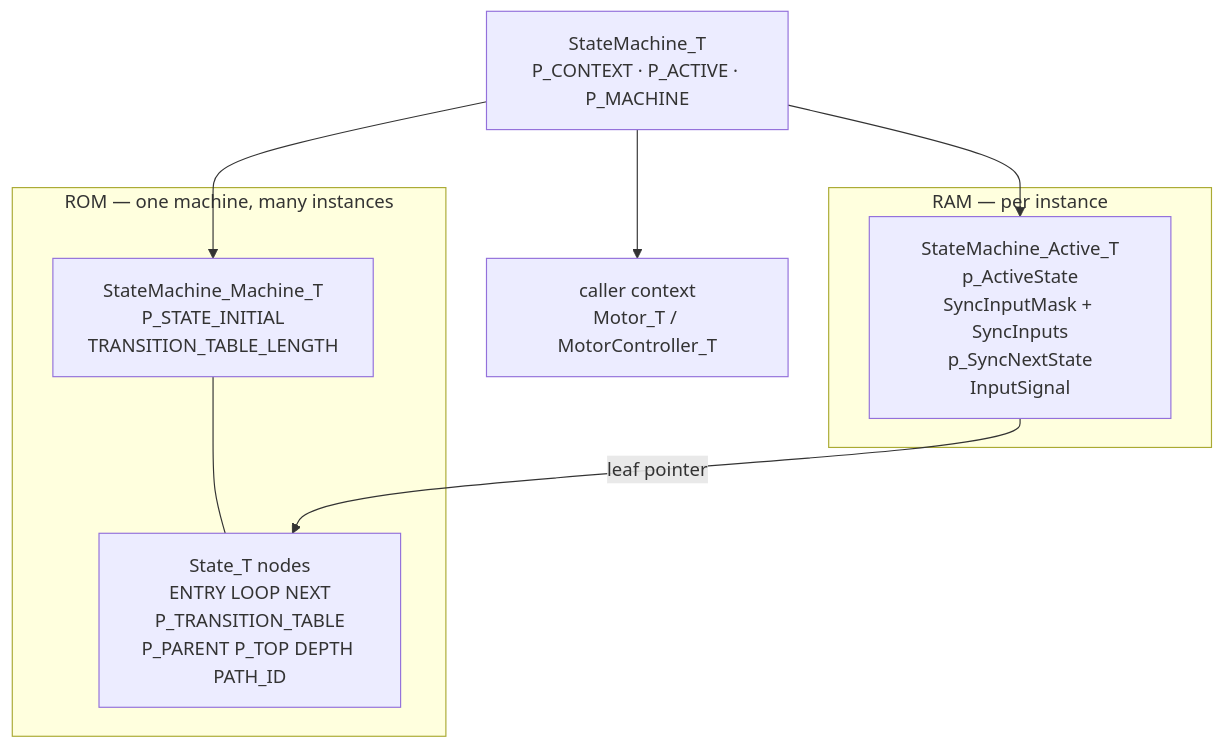
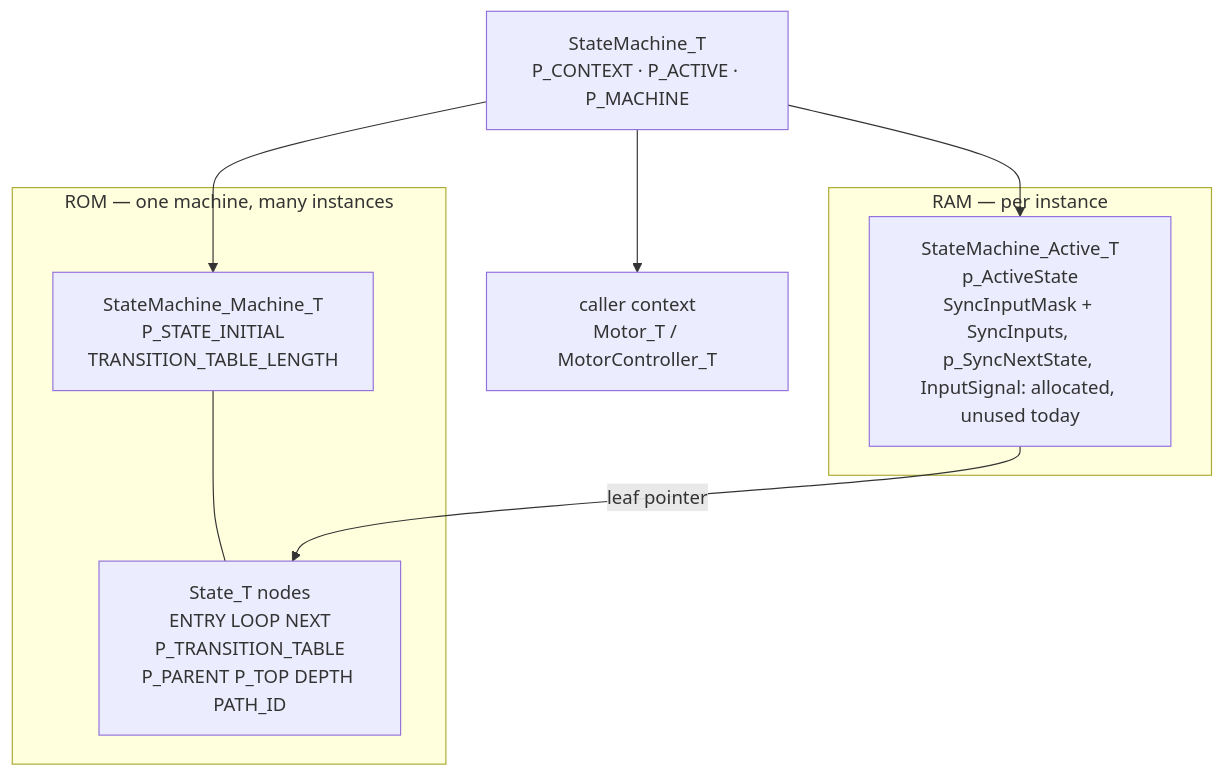
One commit to FireSourcery/FireSourcery_Library changed the first of 18 diagrams in Framework/StateMachine/Architecture.md. Above: the diagram before and after it, drawn with Mermaid. The commit also changed other lines of this file and 47 other files, not shown here.

````diff
--- a/Framework/StateMachine/Architecture.md
+++ b/Framework/StateMachine/Architecture.md
@@ -7,20 +7,20 @@
 ```mermaid
 flowchart TB
     subgraph ROM["ROM — one machine, many instances"]
         M["StateMachine_Machine_T<br/>P_STATE_INITIAL<br/>TRANSITION_TABLE_LENGTH"]
         S["State_T nodes<br/>ENTRY LOOP NEXT<br/>P_TRANSITION_TABLE<br/>P_PARENT P_TOP DEPTH PATH_ID"]
         M --- S
     end
 
     subgraph RAM["RAM — per instance"]
-        A["StateMachine_Active_T<br/>p_ActiveState<br/>SyncInputMask + SyncInputs<br/>p_SyncNextState<br/>InputSignal"]
+        A["StateMachine_Active_T<br/>p_ActiveState<br/>SyncInputMask + SyncInputs, p_SyncNextState, InputSignal: allocated, unused today"]
     end
 
     SM["StateMachine_T<br/>P_CONTEXT · P_ACTIVE · P_MACHINE"]
     CTX["caller context<br/>Motor_T / MotorController_T"]
 
     SM --> CTX
     SM --> A
     SM --> M
     A -->|leaf pointer| S
 ```
````
